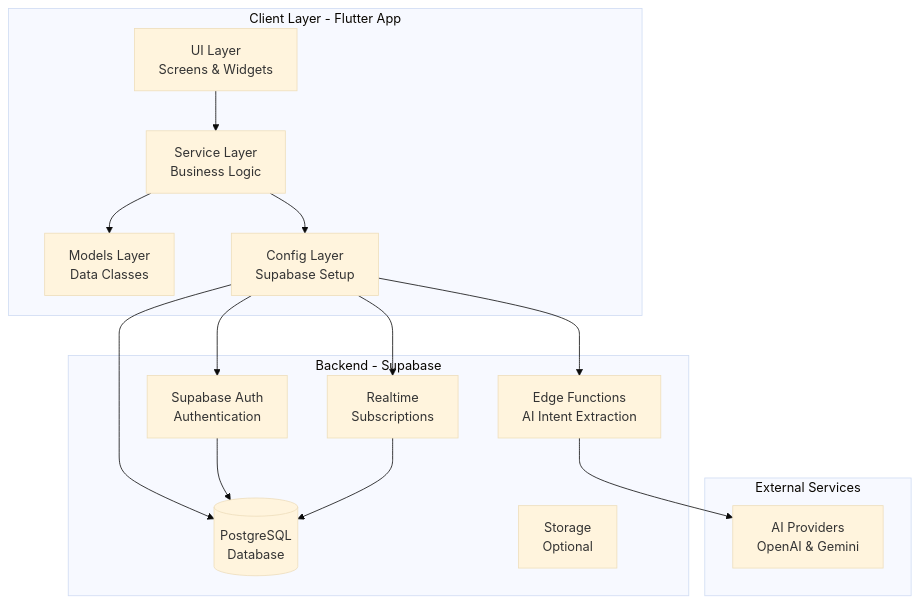
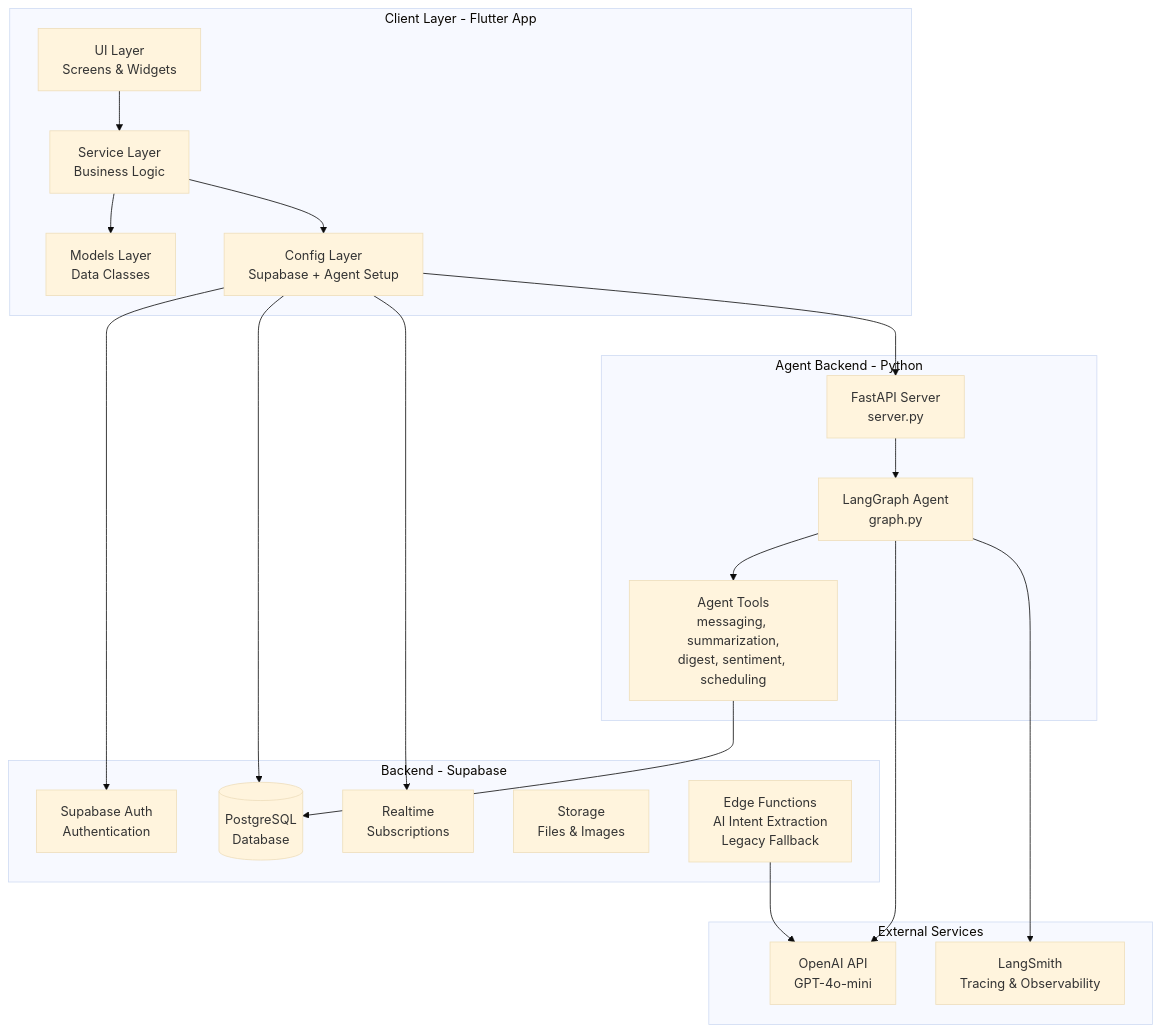
One commit to shoebsmk/Flutter-chat-claude changed the first of 10 diagrams in chat_app/docs/architecture/ARCHITECTURE.md. Above: the diagram before and after it, drawn with Mermaid (base theme). The commit also changed other lines of this file and 5 other files, not shown here.

First line of the commit message:
docs: comprehensive documentation update for LangGraph agent backend and Feb 2026 features

````diff
--- a/chat_app/docs/architecture/ARCHITECTURE.md
+++ b/chat_app/docs/architecture/ARCHITECTURE.md
@@ -37,32 +44,42 @@
 ```mermaid
 graph TB
     subgraph "Client Layer - Flutter App"
         UI[UI Layer<br/>Screens & Widgets]
         Services[Service Layer<br/>Business Logic]
         Models[Models Layer<br/>Data Classes]
-        Config[Config Layer<br/>Supabase Setup]
+        Config[Config Layer<br/>Supabase + Agent Setup]
+    end
+    
+    subgraph "Agent Backend - Python"
+        AgentServer[FastAPI Server<br/>server.py]
+        LangGraph[LangGraph Agent<br/>graph.py]
+        AgentTools[Agent Tools<br/>messaging, summarization,<br/>digest, sentiment, scheduling]
     end
     
     subgraph "Backend - Supabase"
         Auth[Supabase Auth<br/>Authentication]
         DB[(PostgreSQL<br/>Database)]
         Realtime[Realtime<br/>Subscriptions]
-        Storage[Storage<br/>Optional]
-        EdgeFunctions[Edge Functions<br/>AI Intent Extraction]
+        Storage[Storage<br/>Files & Images]
+        EdgeFunctions[Edge Functions<br/>AI Intent Extraction<br/>Legacy Fallback]
     end
     
     subgraph "External Services"
-        AIProviders[AI Providers<br/>OpenAI & Gemini]
+        OpenAI[OpenAI API<br/>GPT-4o-mini]
+        LangSmith[LangSmith<br/>Tracing & Observability]
     end
     
     UI --> Services
     Services --> Models
     Services --> Config
     Config --> Auth
     Config --> DB
     Config --> Realtime
-    Config --> EdgeFunctions
-    Auth --> DB
-    Realtime --> DB
-    EdgeFunctions --> AIProviders
+    Config --> AgentServer
+    AgentServer --> LangGraph
+    LangGraph --> AgentTools
+    AgentTools --> DB
+    LangGraph --> OpenAI
+    LangGraph --> LangSmith
+    EdgeFunctions --> OpenAI
 ```
````
